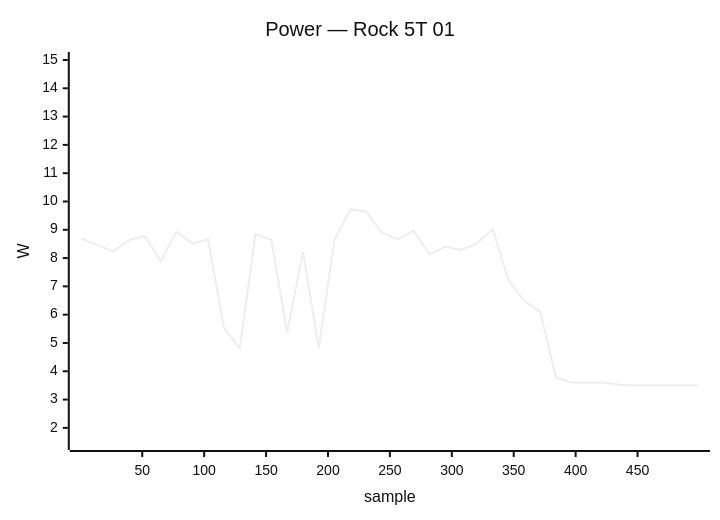
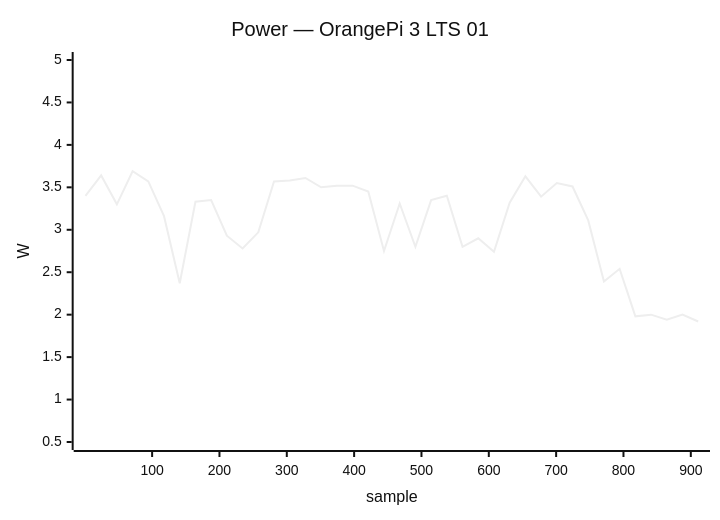
The fifth of 40 diagrams in docs/status/board-tests.md (armbian/documentation), drawn with Mermaid (neutral theme) before and after one commit. The commit also changed other lines of this file, not shown here.

````diff
--- a/docs/status/board-tests.md
+++ b/docs/status/board-tests.md
@@ -194,7 +204,7 @@
 ```mermaid
 xychart-beta
-    title "Power — Rock 5T 01"
-    x-axis "sample" 1 --> 499
-    y-axis "W" 1.5 --> 15.0
-    line [8.69, 8.46, 8.24, 8.64, 8.78, 7.88, 8.93, 8.51, 8.66, 5.54, 4.80, 8.85, 8.65, 5.37, 8.23, 4.82, 8.65, 9.72, 9.64, 8.90, 8.66, 8.96, 8.14, 8.40, 8.29, 8.52, 9.02, 7.22, 6.48, 6.11, 3.78, 3.60, 3.60, 3.60, 3.52, 3.50, 3.50, 3.50, 3.50, 3.50]
+    title "Power — OrangePi 3 LTS 01"
+    x-axis "sample" 1 --> 911
+    y-axis "W" 0.5 --> 5.0
+    line [3.40, 3.64, 3.30, 3.69, 3.57, 3.16, 2.37, 3.33, 3.35, 2.93, 2.78, 2.97, 3.57, 3.58, 3.61, 3.50, 3.52, 3.52, 3.45, 2.75, 3.31, 2.80, 3.35, 3.40, 2.80, 2.90, 2.74, 3.32, 3.63, 3.39, 3.55, 3.51, 3.11, 2.39, 2.54, 1.98, 2.00, 1.94, 2.00, 1.92]
 ```
````
